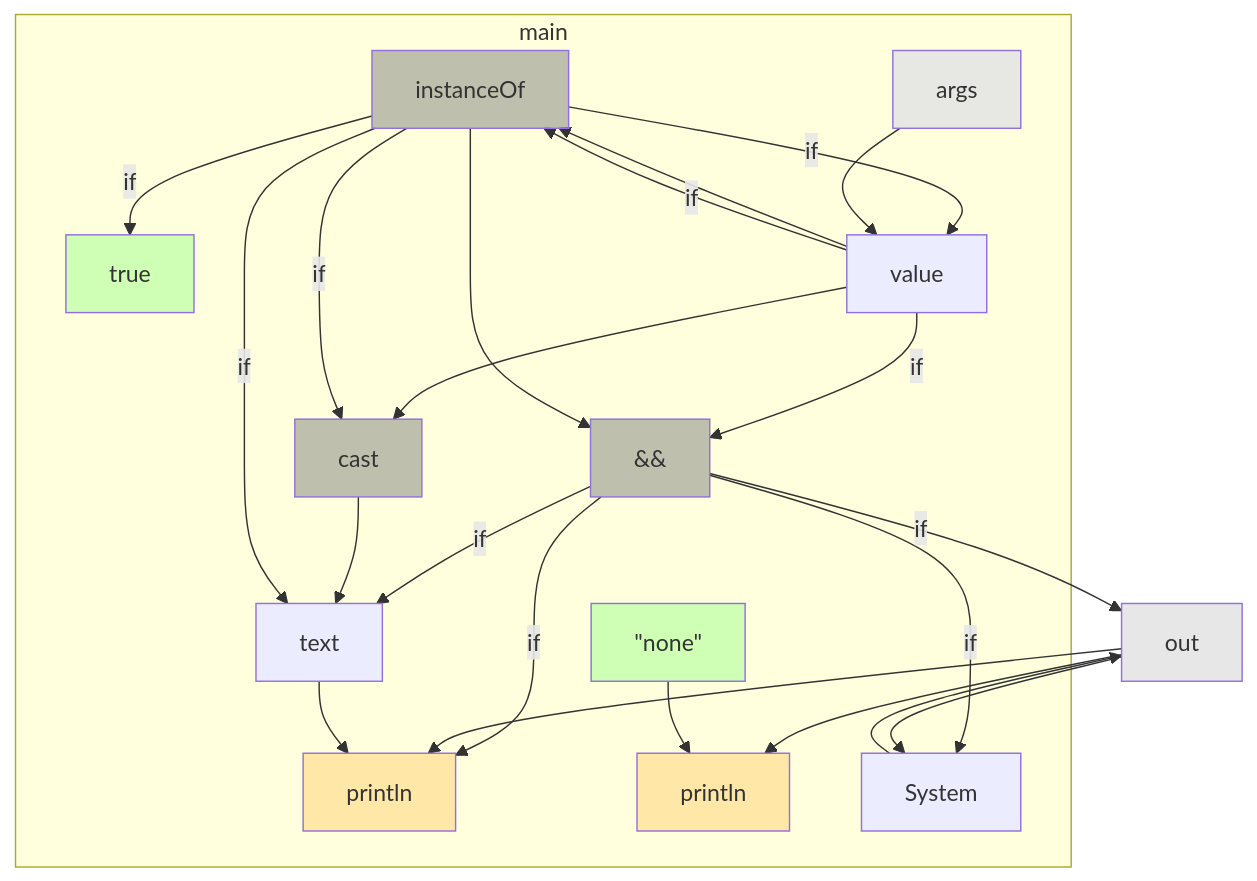
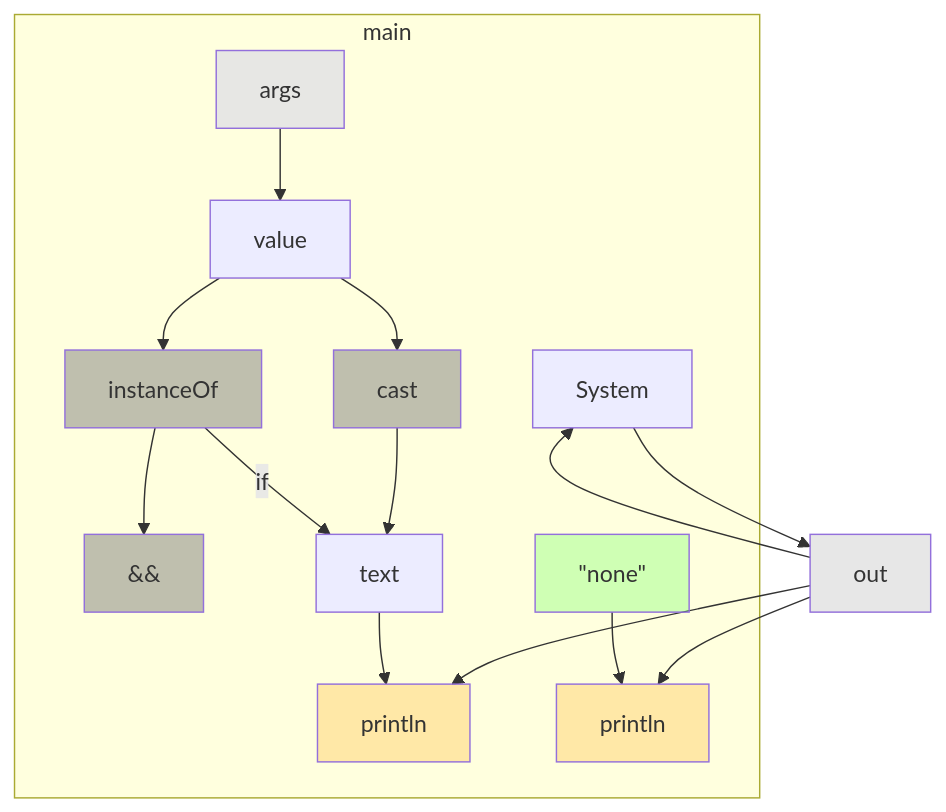
One commit to gstiebler/codeflow changed the diagram in app/src/test/resources/unboundLocal/spike-truth.md. Above: the diagram before and after it, drawn with Mermaid. The commit also changed 21 other files, not shown here.

````diff
--- a/app/src/test/resources/unboundLocal/spike-truth.md
+++ b/app/src/test/resources/unboundLocal/spike-truth.md
@@ -3,45 +3,35 @@
 ```mermaid
 flowchart TD
   subgraph m0["main"]
     n0["&&"]:::BIN_OP
     n1["cast"]:::BIN_OP
     n2["instanceOf"]:::BIN_OP
     n3["println"]:::EXTERNAL
     n4["println"]:::EXTERNAL
     n5["args"]:::FUNC_PARAM
     n6["#quot;none#quot;"]:::LITERAL
-    n7["true"]:::LITERAL
-    n8["System"]:::OBJ_VARIABLE
-    n9["text"]:::OBJ_VARIABLE
-    n10["value"]:::OBJ_VARIABLE
+    n7["System"]:::OBJ_VARIABLE
+    n8["text"]:::OBJ_VARIABLE
+    n9["value"]:::OBJ_VARIABLE
   end
-  n11["out"]:::VARIABLE
-  n0 -->|if| n11
-  n0 -->|if| n3
-  n0 -->|if| n8
-  n0 -->|if| n9
-  n1 --> n9
-  n10 --> n1
-  n10 --> n2
-  n10 -->|if| n0
-  n10 -->|if| n2
-  n11 --> n3
-  n11 --> n4
-  n11 --> n8
+  n10["out"]:::VARIABLE
+  n1 --> n8
+  n10 --> n3
+  n10 --> n4
+  n10 --> n7
   n2 --> n0
-  n2 -->|if| n1
-  n2 -->|if| n10
-  n2 -->|if| n7
-  n2 -->|if| n9
-  n5 --> n10
+  n2 -->|if| n8
+  n5 --> n9
   n6 --> n4
-  n8 --> n11
-  n9 --> n3
+  n7 --> n10
+  n8 --> n3
+  n9 --> n1
+  n9 --> n2
   classDef LITERAL fill:#00FF0030
   classDef VARIABLE fill:#80808030
   classDef BIN_OP fill:#80808080
   classDef FUNC_PARAM fill:#8080FF30
   classDef RETURN fill:#FF808080
   classDef EXTERNAL fill:#FFA50040
   classDef UNMODELLED fill:#FF000030,stroke-dasharray: 4 2
 ```
````
